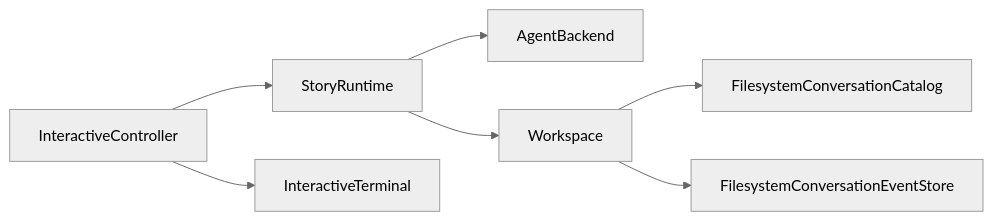
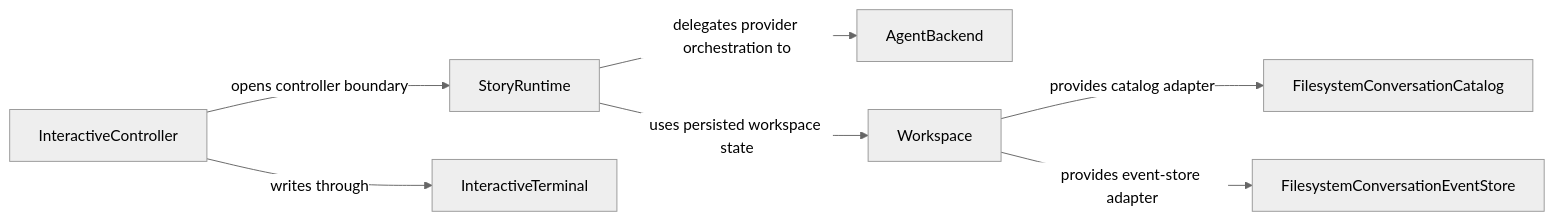
Before and after one commit to Kims-DeveloperGroup/story-writing-agents: the second of 9 diagrams in docs/design/overview.md, drawn with Mermaid (neutral theme). The commit also changed other lines of this file, not shown here.

Commit message:
Label diagram links and add short diagram descriptions

````diff
--- a/docs/design/overview.md
+++ b/docs/design/overview.md
@@ -168,17 +168,17 @@
 ```mermaid
 flowchart LR
     IC[InteractiveController]
     RT[StoryRuntime]
     AB[AgentBackend]
     WS[Workspace]
     FC[FilesystemConversationCatalog]
     ES[FilesystemConversationEventStore]
     IT[InteractiveTerminal]
 
-    IC --> RT
-    IC --> IT
-    RT --> AB
-    RT --> WS
-    WS --> FC
-    WS --> ES
+    IC -->|opens controller boundary| RT
+    IC -->|writes through| IT
+    RT -->|delegates provider orchestration to| AB
+    RT -->|uses persisted workspace state| WS
+    WS -->|provides catalog adapter| FC
+    WS -->|provides event-store adapter| ES
 ```
````
